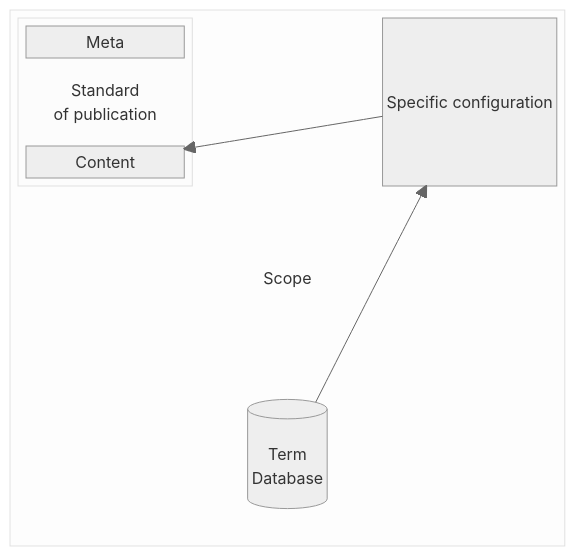
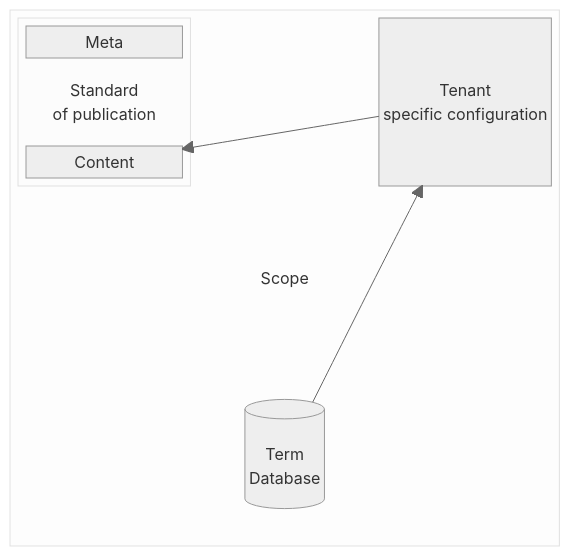
The diagram in README.md (officialgazette/publication-standard), drawn with Mermaid before and after one commit. The commit also changed other lines of this file, not shown here.

````diff
--- a/README.md
+++ b/README.md
@@ -38,34 +38,35 @@
 ```mermaid
 
 %%{
   init: {
     'theme': 'neutral'
   }
 }%%
 
 block-beta
 
 block:scope["Scope"]
 
 columns 3
 block:standard["Standard
 of publication"]:1
 columns 1
 Meta
 space
 space
 Content
 end
-Meta space Terms["Specific configuration"]
+Meta space Terms["Tenant
+specific configuration"]
 space:3
 Content space termDB[("
 Term
 Database")]
 
 end
 
 
 
 Terms --> Content
 termDB --> Terms
 ```
````
